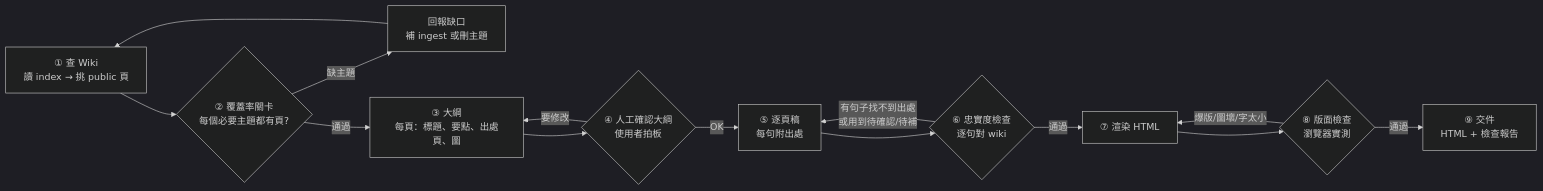
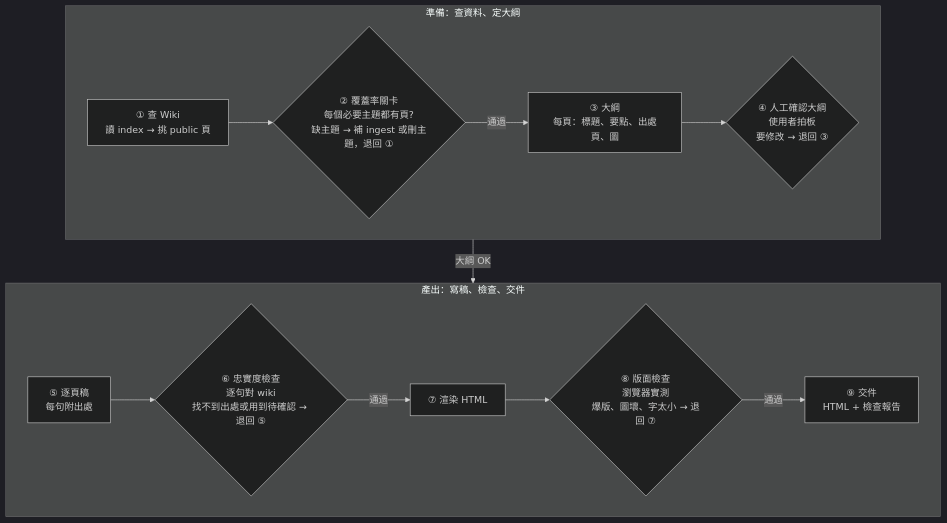
One commit to Donna12301230/herzbaa-wiki changed the diagram in workflows/brand-slides.md. Above: the diagram before and after it, drawn with Mermaid (dark theme). The commit also changed 1 other file, not shown here.

Commit message:
docs: 簡報流程圖改成兩排（退回路徑寫在關卡內）

````diff
--- a/workflows/brand-slides.md
+++ b/workflows/brand-slides.md
@@ -18,16 +18,17 @@
 ```mermaid
-flowchart LR
-    A[① 查 Wiki<br/>讀 index → 挑 public 頁] --> B{② 覆蓋率關卡<br/>每個必要主題都有頁?}
-    B -- 缺主題 --> A2[回報缺口<br/>補 ingest 或刪主題]
-    A2 --> A
-    B -- 通過 --> C[③ 大綱<br/>每頁：標題、要點、出處頁、圖]
-    C --> D{④ 人工確認大綱<br/>使用者拍板}
-    D -- 要修改 --> C
-    D -- OK --> E[⑤ 逐頁稿<br/>每句附出處]
-    E --> F{⑥ 忠實度檢查<br/>逐句對 wiki}
-    F -- 有句子找不到出處<br/>或用到待確認/待補 --> E
-    F -- 通過 --> G[⑦ 渲染 HTML]
-    G --> H{⑧ 版面檢查<br/>瀏覽器實測}
-    H -- 爆版/圖壞/字太小 --> G
-    H -- 通過 --> I[⑨ 交件<br/>HTML + 檢查報告]
+flowchart TB
+    subgraph P1["準備：查資料、定大綱"]
+        direction LR
+        A[① 查 Wiki<br/>讀 index → 挑 public 頁] --> B{"② 覆蓋率關卡<br/>每個必要主題都有頁?<br/>缺主題 → 補 ingest 或刪主題，退回 ①"}
+        B -- 通過 --> C[③ 大綱<br/>每頁：標題、要點、出處頁、圖]
+        C --> D{"④ 人工確認大綱<br/>使用者拍板<br/>要修改 → 退回 ③"}
+    end
+    subgraph P2["產出：寫稿、檢查、交件"]
+        direction LR
+        E[⑤ 逐頁稿<br/>每句附出處] --> F{"⑥ 忠實度檢查<br/>逐句對 wiki<br/>找不到出處或用到待確認 → 退回 ⑤"}
+        F -- 通過 --> G[⑦ 渲染 HTML]
+        G --> H{"⑧ 版面檢查<br/>瀏覽器實測<br/>爆版、圖壞、字太小 → 退回 ⑦"}
+        H -- 通過 --> I[⑨ 交件<br/>HTML + 檢查報告]
+    end
+    P1 -- 大綱 OK --> P2
 ```
````
